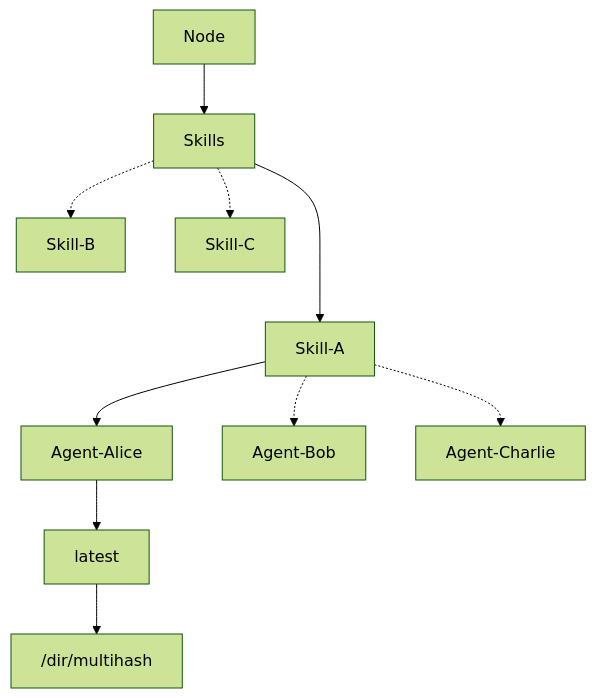
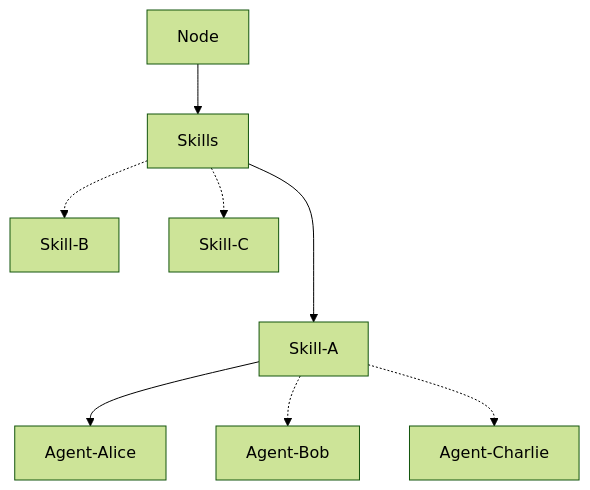
Before and after one commit to agntcy/dir: the second of 2 diagrams in ARCHITECTURE.md, drawn with Mermaid (forest theme). The commit also changed other lines of this file, not shown here.

````diff
--- a/ARCHITECTURE.md
+++ b/ARCHITECTURE.md
@@ -138,16 +131,12 @@
 ```mermaid
 flowchart TD
     Node --> Skills
 
     Skills ---> Skill-A
     Skills .-> Skill-B
     Skills .-> Skill-C
 
     Skill-A --> Agent-Alice
     Skill-A .-> Agent-Bob
     Skill-A .-> Agent-Charlie
-
-    Agent-Alice --> latest
-
-    latest --> /dir/multihash
 ```
````
